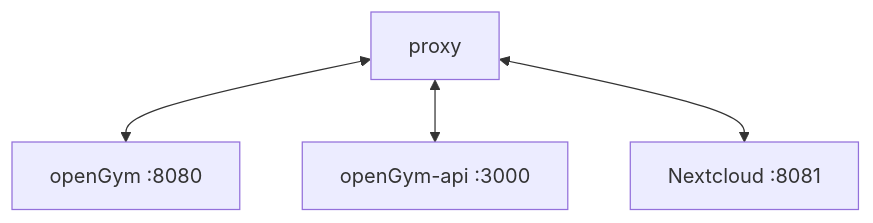
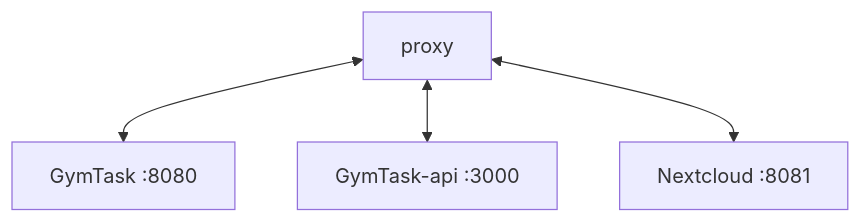
The second of 2 diagrams in docs/SELF_HOSTING_HTTPS.md (Paulo-Santos20/GymTask), drawn with Mermaid before and after one commit. The commit also changed other lines of this file and 249 other files, not shown here.

````diff
--- a/docs/SELF_HOSTING_HTTPS.md
+++ b/docs/SELF_HOSTING_HTTPS.md
@@ -59,7 +67,7 @@
 ```mermaid
 graph TD
     A[proxy]
-    A <-->B[openGym :8080]
-    A <-->C[openGym-api :3000]
+    A <-->B[GymTask :8080]
+    A <-->C[GymTask-api :3000]
     A <-->D[Nextcloud :8081]
 ```
````
